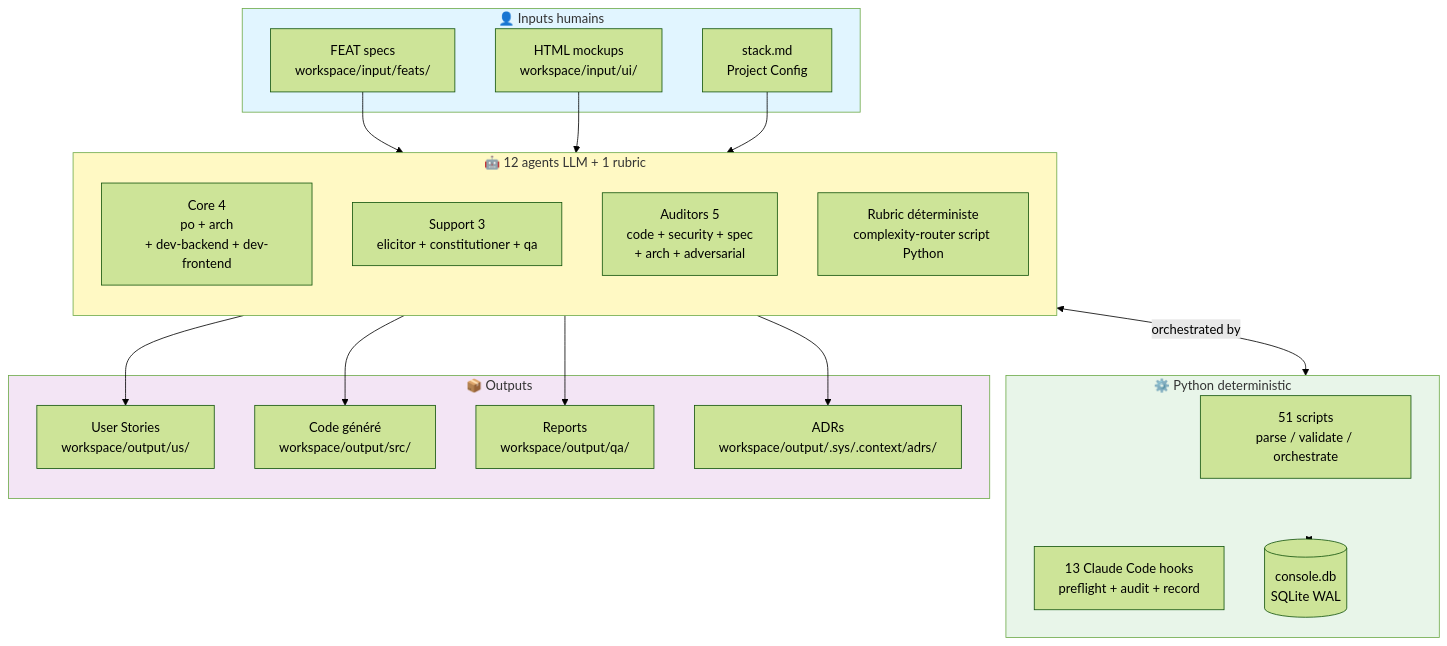
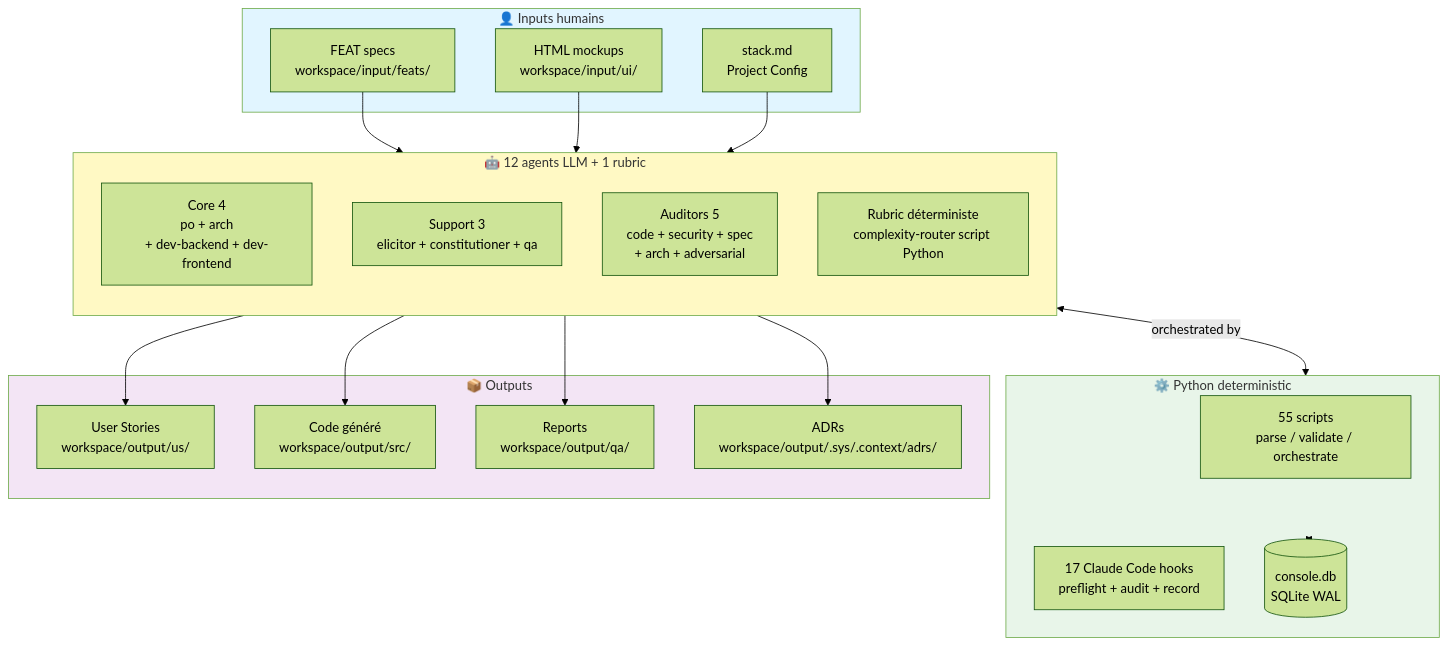
One commit to MOULAYID/AI-Calorie-Tracker changed the first of 3 diagrams in .claude/docs/architecture.md. Above: the diagram before and after it, drawn with Mermaid (forest theme). The commit also changed 18 other files, not shown here.

````diff
--- a/.claude/docs/architecture.md
+++ b/.claude/docs/architecture.md
@@ -10,44 +10,44 @@
 ```mermaid
 graph TB
     subgraph Human["👤 Inputs humains"]
         FEAT[FEAT specs<br/>workspace/input/feats/]
         UI[HTML mockups<br/>workspace/input/ui/]
         STACK[stack.md<br/>Project Config]
     end
 
     subgraph Agents["🤖 12 agents LLM + 1 rubric"]
         direction TB
         CORE[Core 4<br/>po + arch<br/>+ dev-backend + dev-frontend]
         SUPPORT[Support 3<br/>elicitor + constitutioner + qa]
         AUDITORS[Auditors 5<br/>code + security + spec<br/>+ arch + adversarial]
         RUBRIC[Rubric déterministe<br/>complexity-router script Python]
     end
 
     subgraph Determ["⚙️ Python deterministic"]
-        SCRIPTS[51 scripts<br/>parse / validate / orchestrate]
-        HOOKS[13 Claude Code hooks<br/>preflight + audit + record]
+        SCRIPTS[55 scripts<br/>parse / validate / orchestrate]
+        HOOKS[17 Claude Code hooks<br/>preflight + audit + record]
         DB[(console.db<br/>SQLite WAL)]
     end
 
     subgraph Output["📦 Outputs"]
         US[User Stories<br/>workspace/output/us/]
         CODE[Code généré<br/>workspace/output/src/]
         REVIEW[Reports<br/>workspace/output/qa/]
         ADRS[ADRs<br/>workspace/output/.sys/.context/adrs/]
     end
 
     FEAT --> Agents
     UI --> Agents
     STACK --> Agents
     Agents --> US
     Agents --> CODE
     Agents --> REVIEW
     Agents --> ADRS
     Agents <-->|orchestrated by| Determ
     Determ <--> DB
 
     style Human fill:#e1f5ff
     style Agents fill:#fff9c4
     style Determ fill:#e8f5e9
     style Output fill:#f3e5f5
 ```
````
